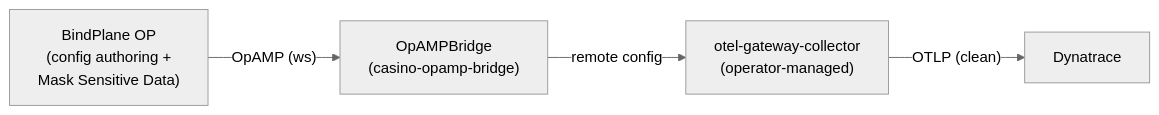
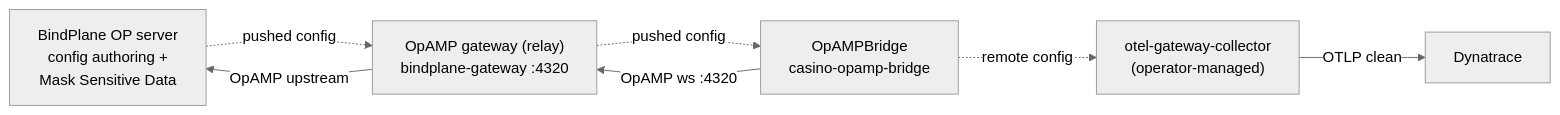
One commit to agardnerIT/Otel-Training changed the diagram in labs/advanced/step5-pii-redaction/bindplane-opamp/README.md. Above: the diagram before and after it, drawn with Mermaid (neutral theme). The commit also changed other lines of this file and 6 other files, not shown here.

First line of the commit message:
docs(advanced): OpAMP bridge → BindPlane gateway central-config appendix (ISI-7609)

````diff
--- a/labs/advanced/step5-pii-redaction/bindplane-opamp/README.md
+++ b/labs/advanced/step5-pii-redaction/bindplane-opamp/README.md
@@ -11,6 +18,13 @@
 ```mermaid
 flowchart LR
-  BP["BindPlane OP\n(config authoring +\nMask Sensitive Data)"] -- OpAMP (ws) --> BR["OpAMPBridge\n(casino-opamp-bridge)"]
-  BR -- remote config --> GW["otel-gateway-collector\n(operator-managed)"]
-  GW -- OTLP (clean) --> DT["Dynatrace"]
+  BP["BindPlane OP server<br/>config authoring +<br/>Mask Sensitive Data"]
+  RELAY["OpAMP gateway (relay)<br/>bindplane-gateway :4320"]
+  BR["OpAMPBridge<br/>casino-opamp-bridge"]
+  GW["otel-gateway-collector<br/>(operator-managed)"]
+  BR -->|OpAMP ws :4320| RELAY
+  RELAY -->|OpAMP upstream| BP
+  BP -.->|pushed config| RELAY
+  RELAY -.->|pushed config| BR
+  BR -.->|remote config| GW
+  GW -->|OTLP clean| DT["Dynatrace"]
 ```
````
